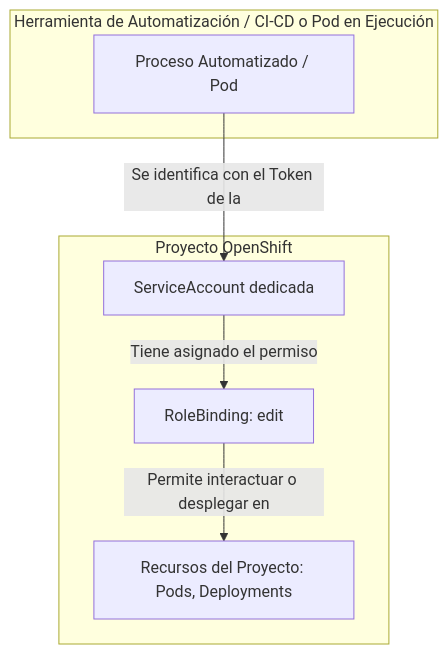
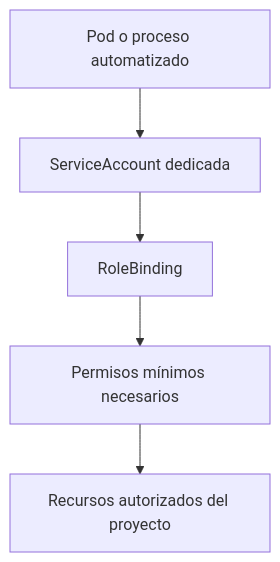
The fifth of 7 diagrams in docs/sesion4/4.1 Proyectos y permisos.md (ieftraining/curso-openshift), drawn with Mermaid before and after one commit. The commit also changed other lines of this file, not shown here.

````diff
--- a/docs/sesion4/4.1 Proyectos y permisos.md
+++ b/docs/sesion4/4.1 Proyectos y permisos.md
@@ -159,16 +143,7 @@
 ```mermaid
 flowchart TD
-    subgraph Herramienta de Automatización / CI-CD o Pod en Ejecución
-        A[Proceso Automatizado / Pod]
-    end
-
-    subgraph Proyecto OpenShift
-        B[ServiceAccount dedicada]
-        C[RoleBinding: edit]
-        D[Recursos del Proyecto: Pods, Deployments]
-    end
-
-    A -->|Se identifica con el Token de la| B
-    B -->|Tiene asignado el permiso| C
-    C -->|Permite interactuar o desplegar en| D
+    SA[ServiceAccount dedicada] --> RB[RoleBinding]
+    RB --> R[Permisos mínimos necesarios]
+    P[Pod o proceso automatizado] --> SA
+    R --> API[Recursos autorizados del proyecto]
 ```
````
